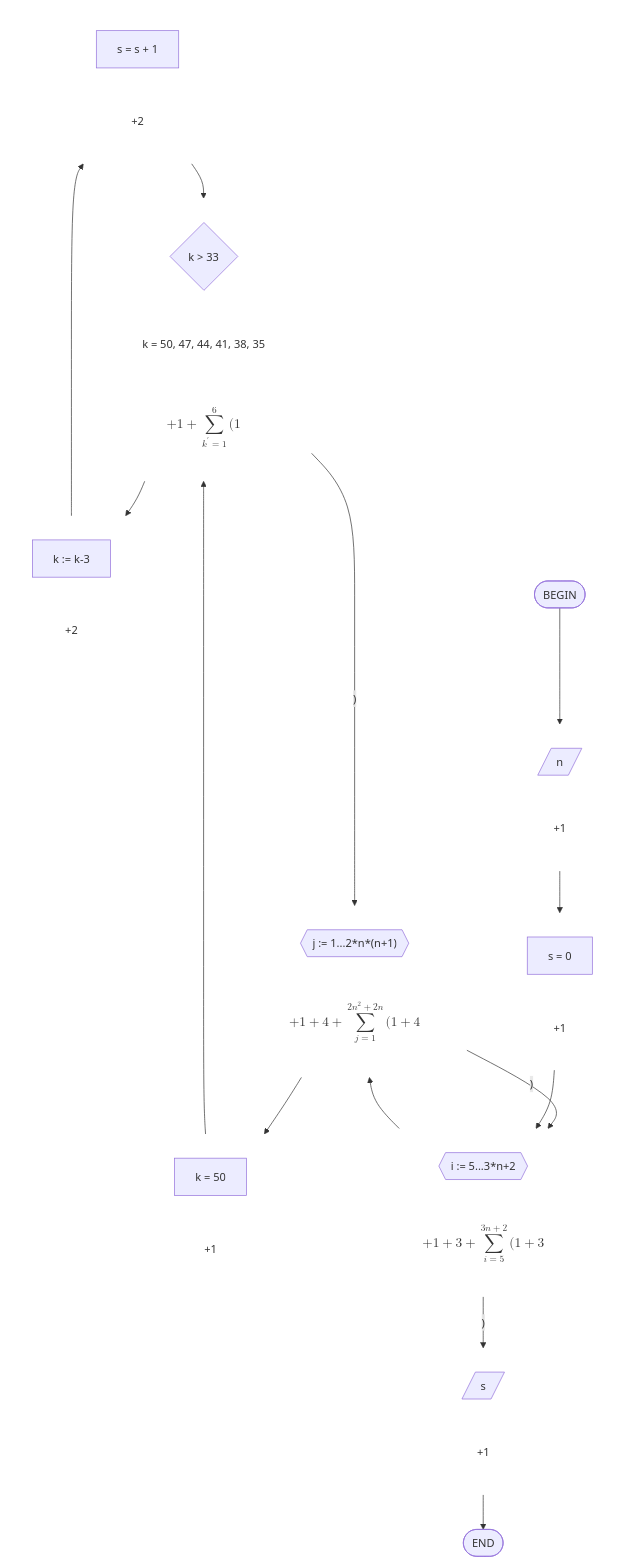
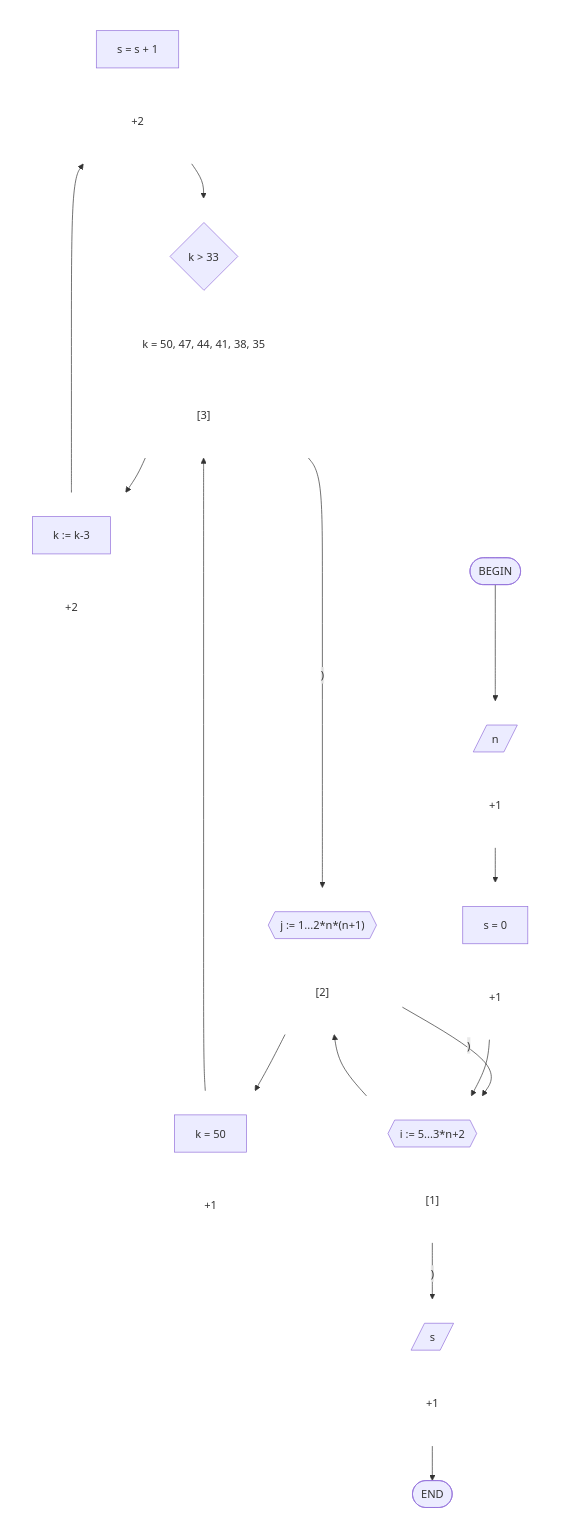
One commit to PastMaster1/algorithms-data-structures-and-data-models changed the diagram in src/Labs/Cpp/docs/task_1.md. Above: the diagram before and after it, drawn with Mermaid. The commit also changed other lines of this file, not shown here.

Commit message:
fix: edit graph in Labs/Cpp/docs/task_1.md
Delete all big formulas from graph.

````diff
--- a/src/Labs/Cpp/docs/task_1.md
+++ b/src/Labs/Cpp/docs/task_1.md
@@ -4,65 +4,65 @@
 ```mermaid
 graph TD
 	START(["BEGIN"]) --> A
 	A[/"n"/] --> B["s = 0"]
 	B --> C{{"i := 5...3*n+2"}}
 	C --> D{{"j := 1...2*n*(n+1)"}}
 	D --> E["k = 50"]
 	E --> F{"k > 33"}
 	F --> G["k := k-3"]
 	G --> H["s = s + 1"]
 	H --> F
 	F ---->|")"| D
 	D -->|")"| C
 	C -->|")"| I[/"s"/]
 	I --> END(["END"])
 	subgraph GroupA [" "]
 		direction LR
 		A
 		FormA["+1"]
 	end
 	subgraph GroupB [" "]
 		direction LR
 		B
 		FormB["+1"]
 	end
 	subgraph GroupC [" "]
 		direction LR
 		C
-		FormC["$$+1+3+\sum_{i=5}^{3n+2}(1+3$$"]
+		FormC["[1]"]
 	end
 	subgraph GroupD [" "]
 		direction LR
 		D
-		FormD["$$+1+4+\sum_{j=1}^{2n^2+2n}(1+4$$"]
+		FormD["[2]"]
 	end
 	subgraph GroupE [" "]
 		direction LR
 		E
 		FormE["+1"]
 	end
 	subgraph GroupF [" "]
 		direction LR
 		F
 		FormF1["k = 50, 47, 44, 41, 38, 35"]
-		FormF2["$$+1+\sum_{k'=1}^{6}(1$$"]
+		FormF2["[3]"]
 	end
 	subgraph GroupG [" "]
 		direction LR
 		G
 		FormG["+2"]
 	end
 	subgraph GroupH [" "]
 		direction LR
 		H
 		FormH["+2"]
 	end
 	subgraph GroupI [" "]
 		direction LR
 		I
 		FormI["+1"]
 	end
 	classDef transparent fill:none, stroke:none;
 	class GroupA,GroupB,GroupC,GroupD,GroupE,GroupF,GroupG,GroupH,GroupI transparent;
 	class FormA,FormB,FormC,FormD,FormE,FormF1,FormF2,FormG,FormH,FormI transparent;
 ```
````
